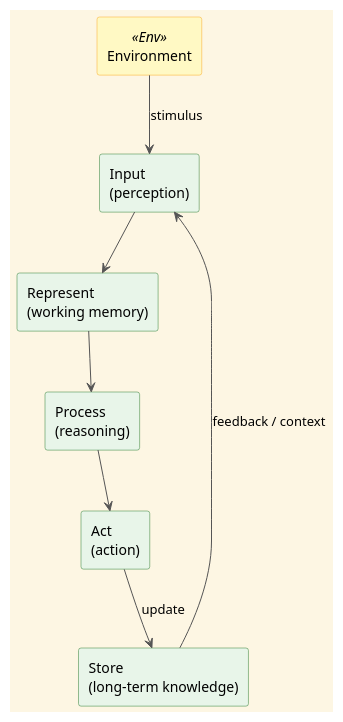
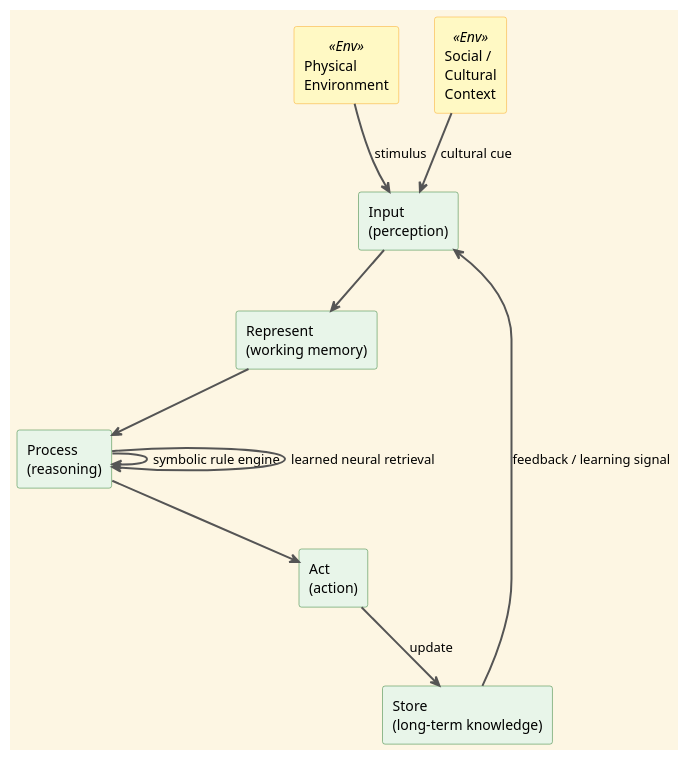
The diagram in aipa/llm-elevated/ch01-lecture-03.adoc (InquiryInstitute/AIPA), drawn with PlantUML before and after one commit. The commit also changed other lines of this file and 128 other files, not shown here.

```diff
--- a/aipa/llm-elevated/ch01-lecture-03.adoc
+++ b/aipa/llm-elevated/ch01-lecture-03.adoc
@@ -76,28 +94,43 @@
 [plantuml,ch01-l03,png,theme=sketchy-outline]
 ....
 @startuml
 skinparam backgroundColor #FDF6E3
 skinparam ArrowColor #555555
+skinparam ArrowThickness 2
 skinparam rectangle {
   BackgroundColor #E8F5E9
   BorderColor #2E7D32
 }
 skinparam rectangle<<Env>> {
   BackgroundColor #FFF9C4
   BorderColor #F9A825
 }
-rectangle "Environment" <<Env>> as ENV
+skinparam rectangle<<Sym>> {
+  BackgroundColor #BBDEFB
+  BorderColor #0D47A1
+}
+skinparam rectangle<<Conn>> {
+  BackgroundColor #FFE0B2
+  BorderColor #E65100
+}
+rectangle "Physical\nEnvironment" <<Env>> as ENV1
+rectangle "Social /\nCultural\nContext" <<Env>> as ENV2
 rectangle "Input\n(perception)" as IN
 rectangle "Represent\n(working memory)" as RE
 rectangle "Process\n(reasoning)" as PR
 rectangle "Act\n(action)" as AC
 rectangle "Store\n(long‑term knowledge)" as ST
 
-ENV --> IN : stimulus
+ENV1 --> IN : stimulus
+ENV2 --> IN : cultural cue
 IN --> RE
 RE --> PR
 PR --> AC
 AC --> ST : update
-ST --> IN : feedback / context
+ST --> IN : feedback / learning signal
+
+PR --> PR <<Sym>> : symbolic rule engine
+PR --> PR <<Conn>> : learned neural retrieval
+
 @enduml
 ....
```
